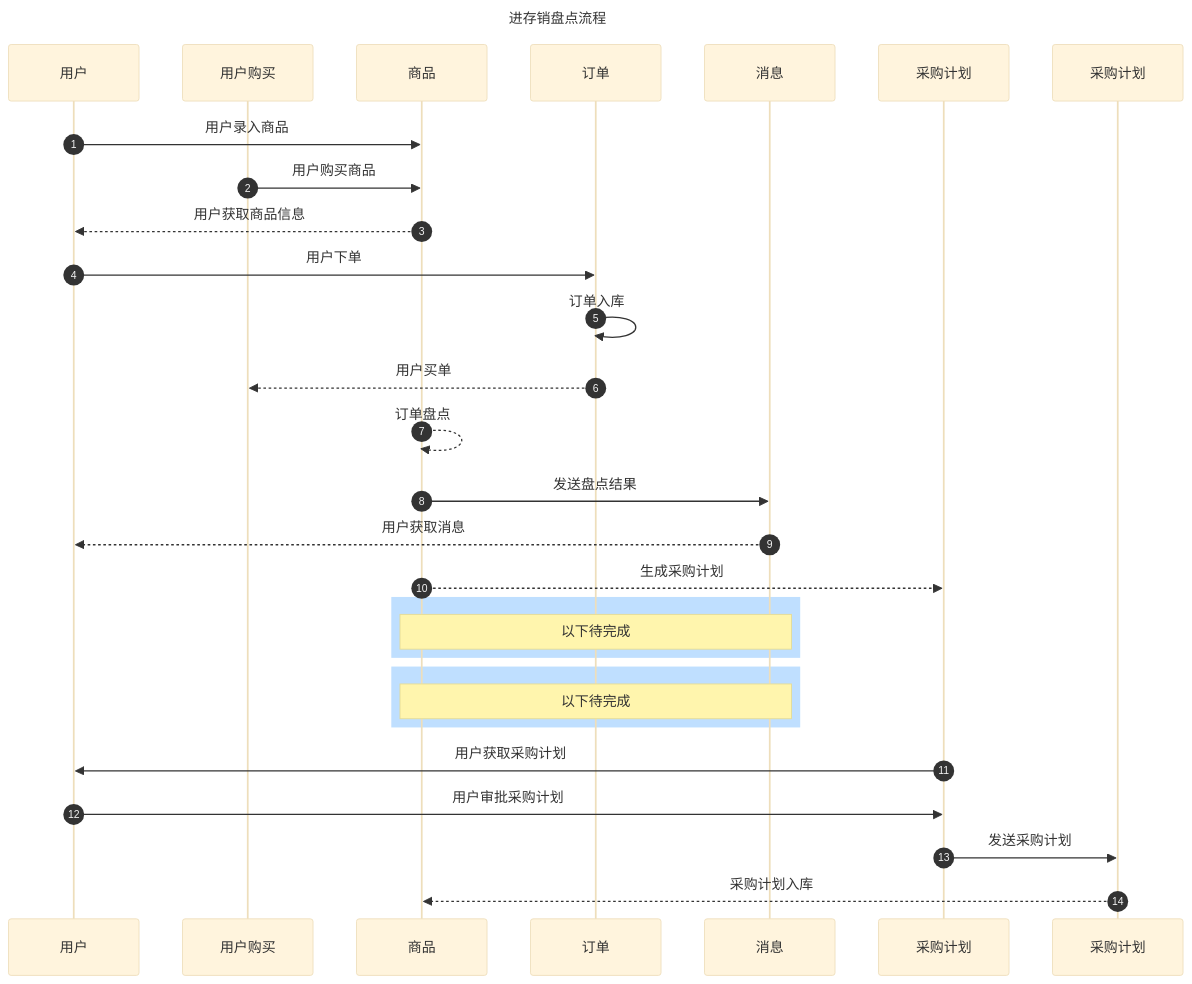
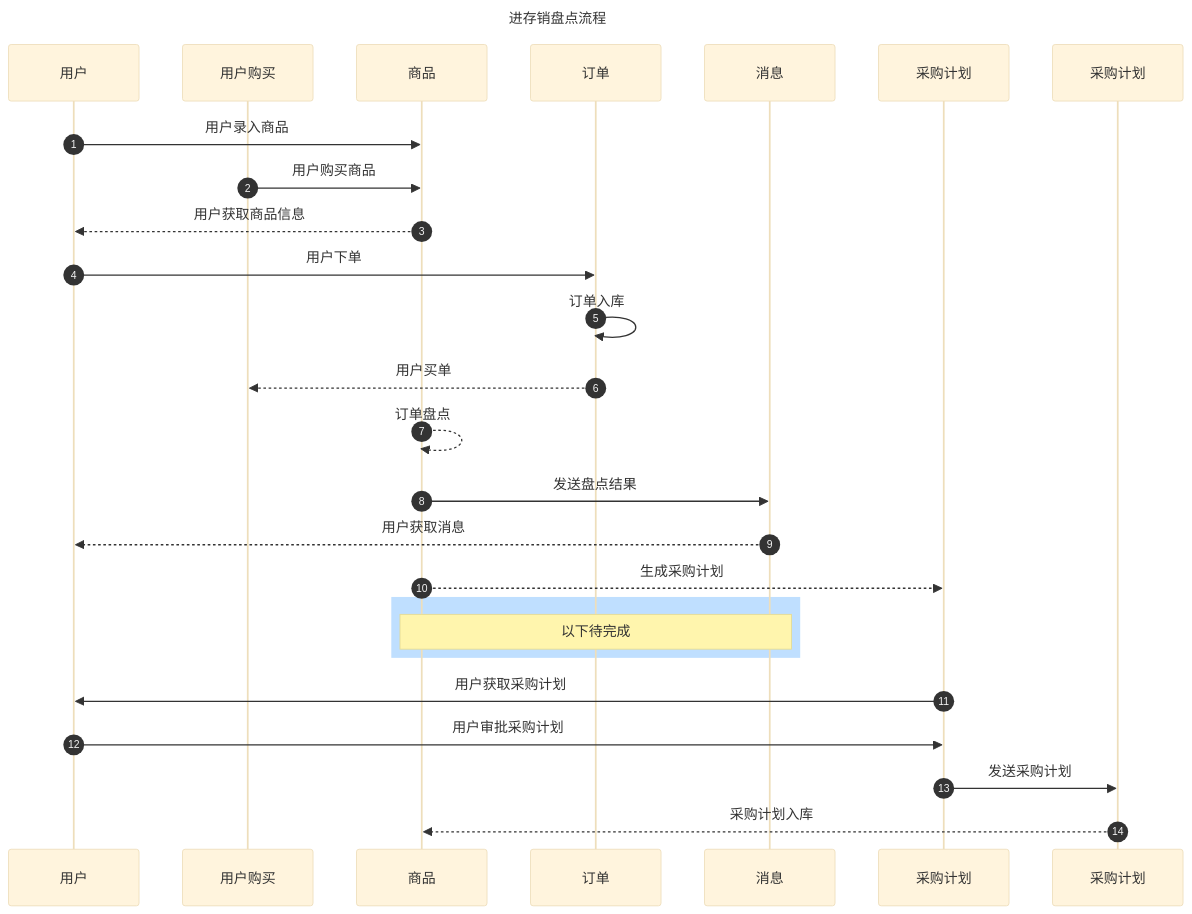
One commit to fca197/aps-inventory-sales changed the second of 3 diagrams in README.md. Above: the diagram before and after it, drawn with Mermaid (base theme).

Commit message:
20240325 -  报销单生成

````diff
--- a/README.md
+++ b/README.md
@@ -34,36 +34,33 @@
 ```mermaid
 
 sequenceDiagram
 autonumber
 title: 进存销盘点流程
 participant U as 用户
 participant BU as 用户购买
 participant G as 商品
 participant O as  订单
 participant M as  消息
 participant BB as  采购计划
 participant P as  采购计划
 
 
 U->>G: 用户录入商品
 BU->>G: 用户购买商品
 G-->>U: 用户获取商品信息
 U->>O: 用户下单
 O->>O: 订单入库
 O-->>BU: 用户买单
 G-->>G: 订单盘点
 G->>M: 发送盘点结果
 M-->>U: 用户获取消息
 G-->>BB: 生成采购计划
 rect rgb(191, 223, 255)
 Note over G,M:  以下待完成
-end
-rect rgb(191, 223, 255)
-Note over G,M:  以下待完成
-end
+end 
 BB->>U: 用户获取采购计划
 U->>BB: 用户审批采购计划
 BB->>P: 发送采购计划
 P-->>G: 采购计划入库
 
 ```
````
